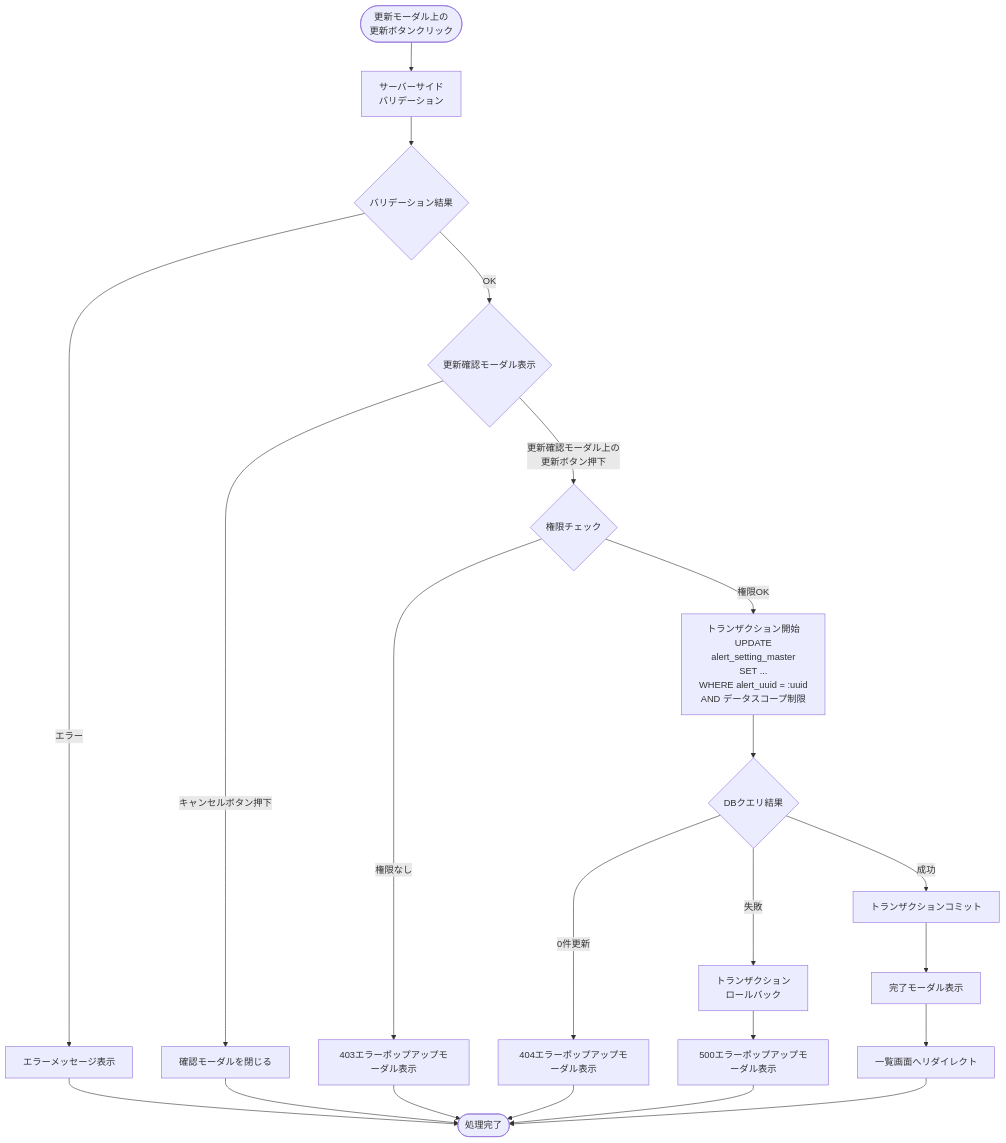
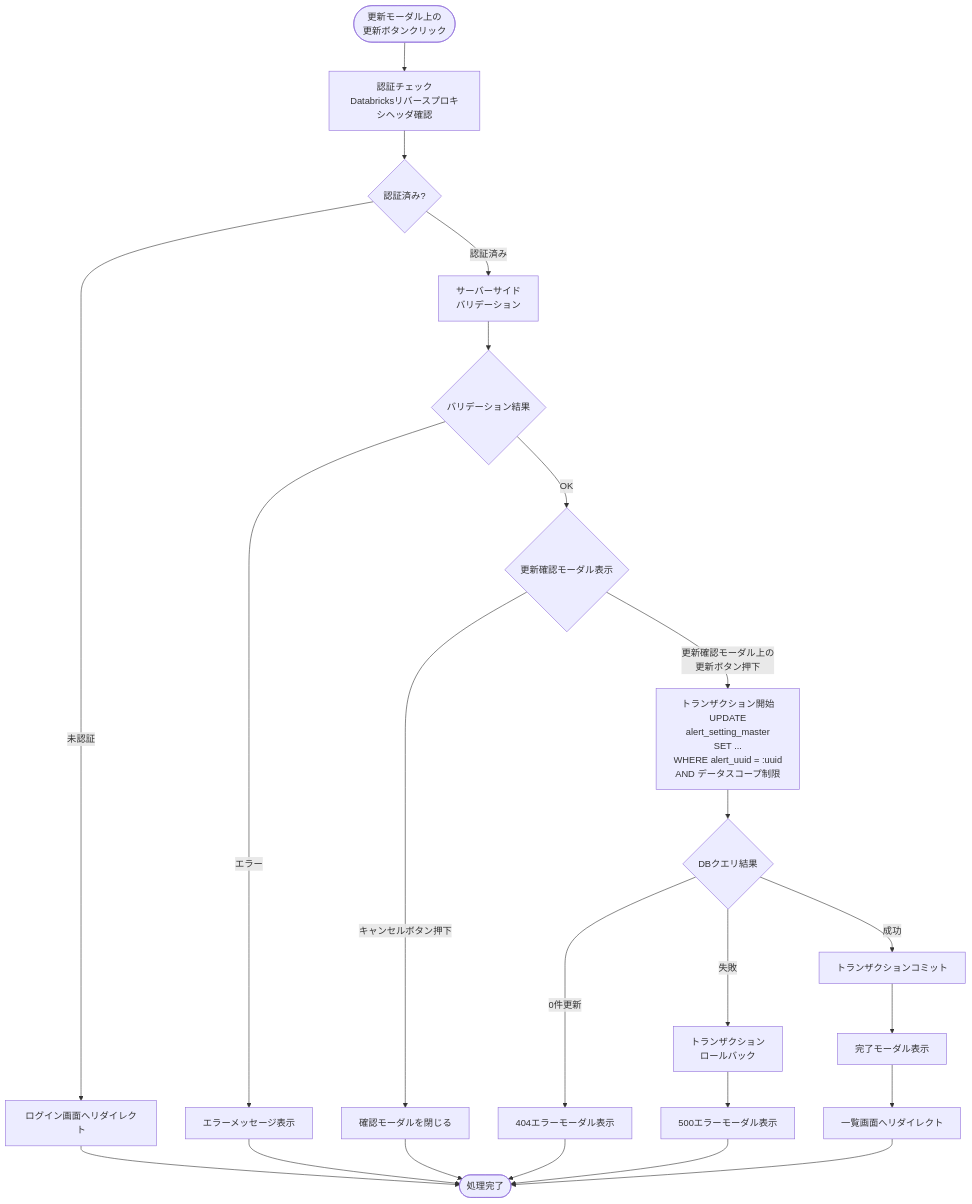
One commit to NSW-SVCP-AIWG002/Databricks-IoT changed the sixth of 9 diagrams in docs/03-features/flask-app/alert-settings/workflow-specification.md. Above: the diagram before and after it, drawn with Mermaid. The commit also changed other lines of this file and 2 other files, not shown here.

````diff
--- a/docs/03-features/flask-app/alert-settings/workflow-specification.md
+++ b/docs/03-features/flask-app/alert-settings/workflow-specification.md
@@ -574,32 +617,32 @@
 ```mermaid
 flowchart TD
-    Start([更新モーダル上の<br>更新ボタンクリック]) --> Validate[サーバーサイド<br>バリデーション]
+    Start([更新モーダル上の<br>更新ボタンクリック]) --> Auth[認証チェック<br>Databricksリバースプロキシヘッダ確認]
+    Auth --> CheckAuth{認証済み?}
+    CheckAuth -->|未認証| Error401[ログイン画面へリダイレクト]
+    Error401 --> End([処理完了])
+
+    CheckAuth -->|認証済み| Validate[サーバーサイド<br>バリデーション]
     Validate --> ValidCheck{バリデーション結果}
 
     ValidCheck -->|エラー| ValidError[エラーメッセージ表示]
     ValidError --> End
 
     ValidCheck -->|OK| ConfirmModal{更新確認モーダル表示}
     ConfirmModal -->|キャンセルボタン押下| CancelMsg[確認モーダルを閉じる]
     CancelMsg --> End
 
-    ConfirmModal -->|更新確認モーダル上の<br>更新ボタン押下| CheckParam{権限チェック}
-
-    CheckParam --> |権限なし| Error403[403エラーポップアップモーダル表示]
-    Error403 --> End
-
-    CheckParam --> |権限OK| TxStart[トランザクション開始<br>UPDATE<br> alert_setting_master<br>SET ... <br>WHERE alert_uuid = :uuid<br>AND データスコープ制限]
+    ConfirmModal -->|更新確認モーダル上の<br>更新ボタン押下| TxStart[トランザクション開始<br>UPDATE<br> alert_setting_master<br>SET ... <br>WHERE alert_uuid = :uuid<br>AND データスコープ制限]
     TxStart --> CheckDB{DBクエリ結果}
 
-    CheckDB -->|0件更新| Error404[404エラーポップアップモーダル表示]
+    CheckDB -->|0件更新| Error404[404エラーモーダル表示]
     Error404 --> End
 
     CheckDB -->|失敗| Rollback[トランザクション<br>ロールバック]
-    Rollback --> ErrorMsg[500エラーポップアップモーダル表示]
+    Rollback --> ErrorMsg[500エラーモーダル表示]
     ErrorMsg --> End
-    
+
     CheckDB -->|成功| Commit[トランザクションコミット]
     Commit --> SuccessMsg[完了モーダル表示]
     SuccessMsg --> Redirect[一覧画面へリダイレクト]
-    Redirect --> End([処理完了])
+    Redirect --> End
 ```
````
